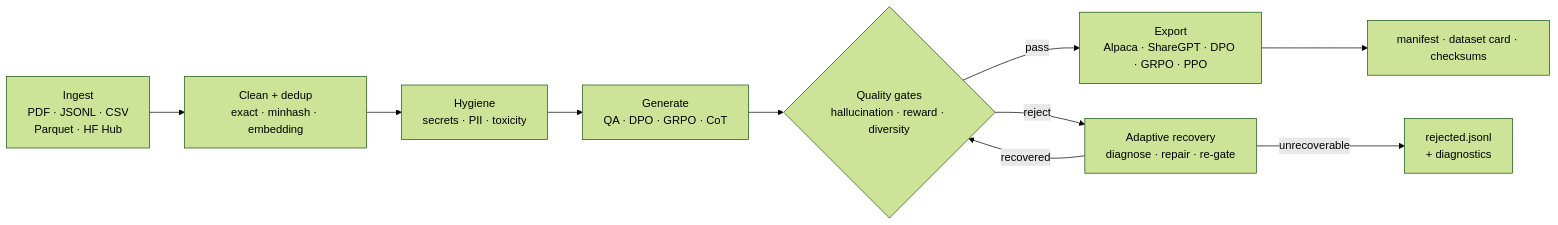
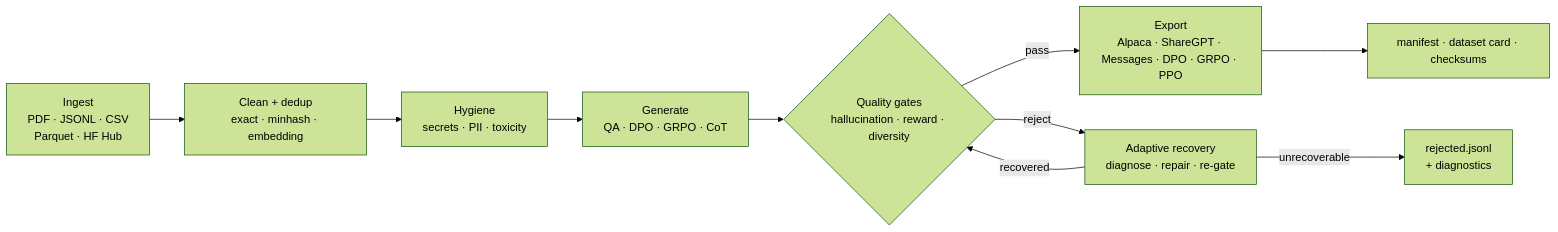
The diagram in README.md (Lexsi-Labs/CuratorKIT), drawn with Mermaid (forest theme) before and after one commit. The commit also changed other lines of this file and 110 other files, not shown here.

````diff
--- a/README.md
+++ b/README.md
@@ -49,12 +52,12 @@
 ```mermaid
 flowchart LR
     A["Ingest<br/>PDF · JSONL · CSV<br/>Parquet · HF Hub"] --> B["Clean + dedup<br/>exact · minhash · embedding"]
     B --> C["Hygiene<br/>secrets · PII · toxicity"]
     C --> D["Generate<br/>QA · DPO · GRPO · CoT"]
     D --> E{"Quality gates<br/>hallucination · reward · diversity"}
-    E -->|pass| F["Export<br/>Alpaca · ShareGPT · DPO · GRPO · PPO"]
+    E -->|pass| F["Export<br/>Alpaca · ShareGPT · Messages · DPO · GRPO · PPO"]
     E -->|reject| G["Adaptive recovery<br/>diagnose · repair · re-gate"]
     G -->|recovered| E
     G -->|unrecoverable| H["rejected.jsonl<br/>+ diagnostics"]
     F --> I["manifest · dataset card · checksums"]
 ```
````
